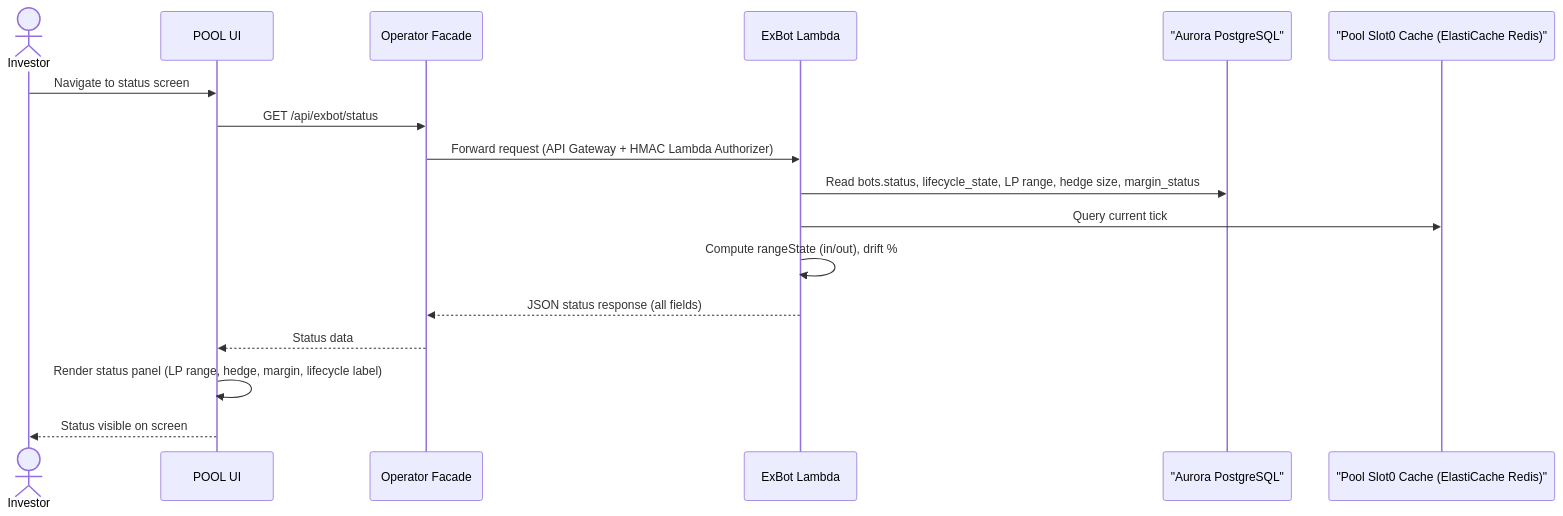
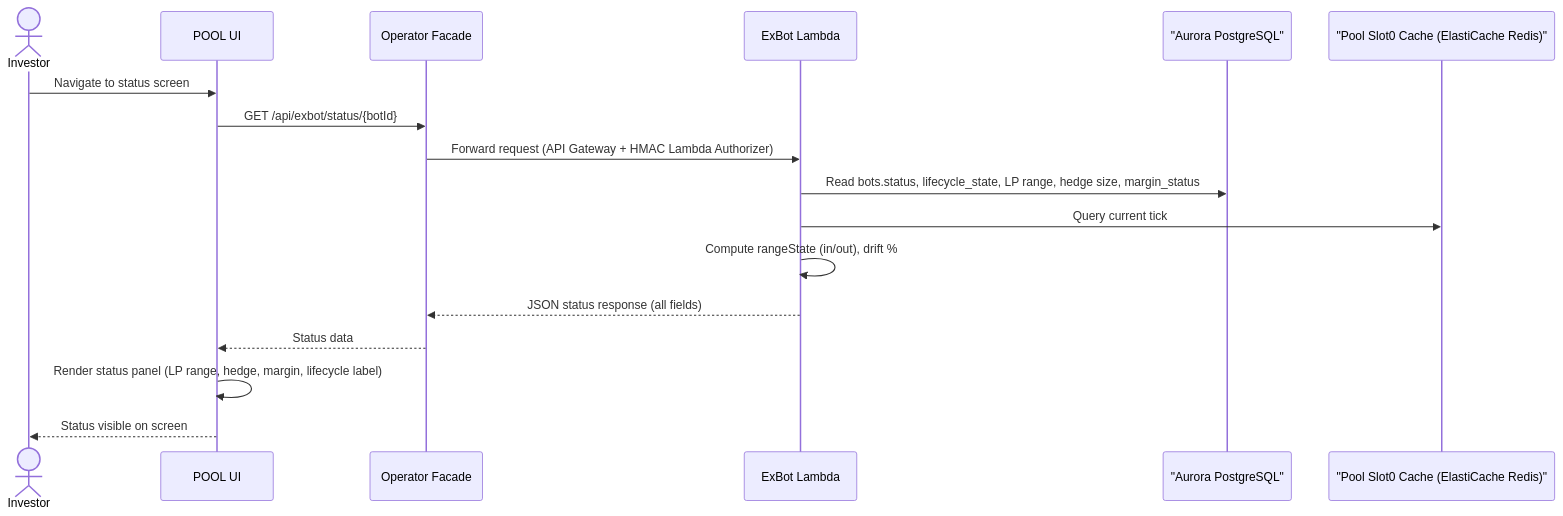
The diagram in docs/BA/plans/bnza-sotatek-260519-0000/03_modules/exbot/usecases/uc-monitor-status.md (TrinhBuiSotatek/Bonanzapool), drawn with Mermaid before and after one commit. The commit also changed other lines of this file and 9 other files, not shown here.

````diff
--- a/docs/BA/plans/bnza-sotatek-260519-0000/03_modules/exbot/usecases/uc-monitor-status.md
+++ b/docs/BA/plans/bnza-sotatek-260519-0000/03_modules/exbot/usecases/uc-monitor-status.md
@@ -125,20 +130,20 @@
 ```mermaid
 sequenceDiagram
     actor Investor
     participant PoolUI as POOL UI
     participant OpFacade as Operator Facade
     participant ExBotLambda as ExBot Lambda
     participant AuroraDB as "Aurora PostgreSQL"
     participant SlotCache as "Pool Slot0 Cache (ElastiCache Redis)"
     
     Investor->>PoolUI: Navigate to status screen
-    PoolUI->>OpFacade: GET /api/exbot/status
+    PoolUI->>OpFacade: GET /api/exbot/status/{botId}
     OpFacade->>ExBotLambda: Forward request (API Gateway + HMAC Lambda Authorizer)
     ExBotLambda->>AuroraDB: Read bots.status, lifecycle_state, LP range, hedge size, margin_status
     ExBotLambda->>SlotCache: Query current tick
     ExBotLambda->>ExBotLambda: Compute rangeState (in/out), drift %
     ExBotLambda-->>OpFacade: JSON status response (all fields)
     OpFacade-->>PoolUI: Status data
     PoolUI->>PoolUI: Render status panel (LP range, hedge, margin, lifecycle label)
     PoolUI-->>Investor: Status visible on screen
 ```
````
